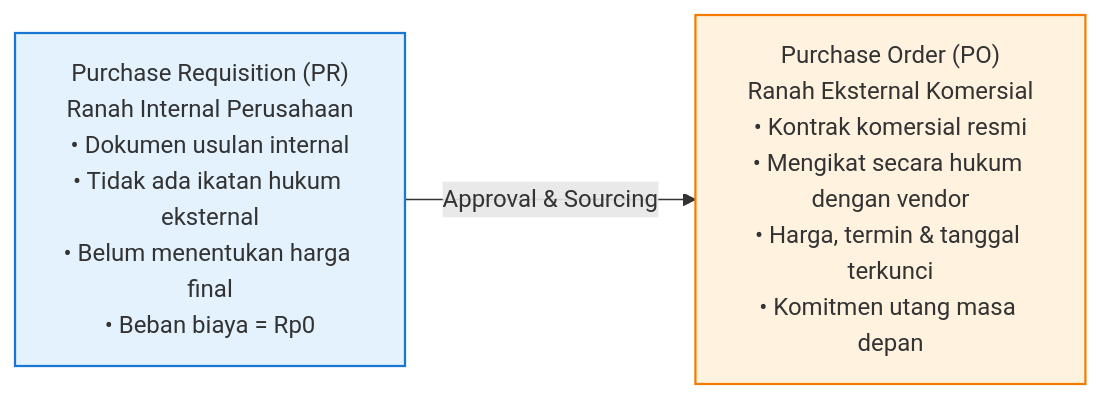
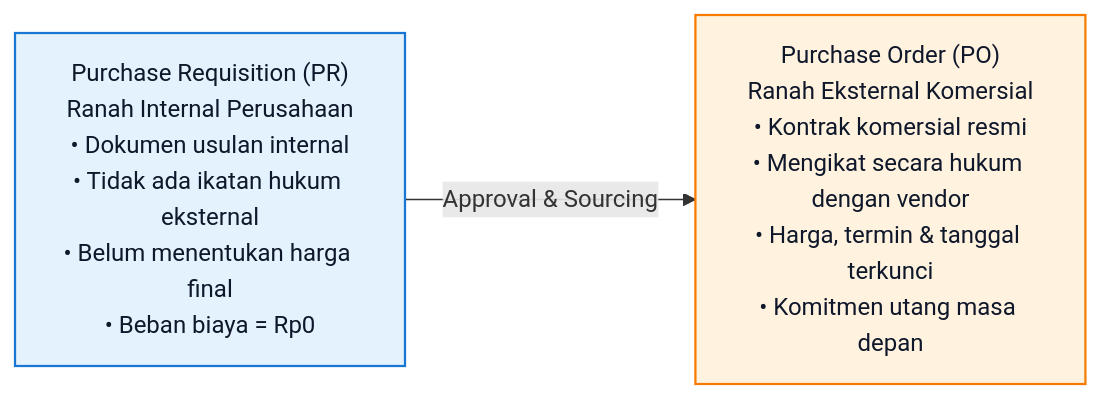
Before and after one commit to alimurrofid/erp-notes: the first of 2 diagrams in content/04-purchasing/purchase-requisition.md, drawn with Mermaid. The commit also changed 15 other files, not shown here.

Commit message:
fix(content):Mermaid classDef darkmode text color

````diff
--- a/content/04-purchasing/purchase-requisition.md
+++ b/content/04-purchasing/purchase-requisition.md
@@ -29,10 +29,10 @@
 ```mermaid
 flowchart LR
     PR["Purchase Requisition (PR)<br/>Ranah Internal Perusahaan<br/>• Dokumen usulan internal<br/>• Tidak ada ikatan hukum eksternal<br/>• Belum menentukan harga final<br/>• Beban biaya = Rp0"]
     -->|Approval & Sourcing| PO["Purchase Order (PO)<br/>Ranah Eksternal Komersial<br/>• Kontrak komersial resmi<br/>• Mengikat secara hukum dengan vendor<br/>• Harga, termin & tanggal terkunci<br/>• Komitmen utang masa depan"]
 
-    classDef internal fill:#e3f2fd,stroke:#1976d2,stroke-width:1.5px;
-    classDef external fill:#fff3e0,stroke:#f57c00,stroke-width:1.5px;
+    classDef internal fill:#e3f2fd,stroke:#1976d2,stroke-width:1.5px,color:#0f172a;
+    classDef external fill:#fff3e0,stroke:#f57c00,stroke-width:1.5px,color:#0f172a;
     class PR internal;
     class PO external;
 ```
````
